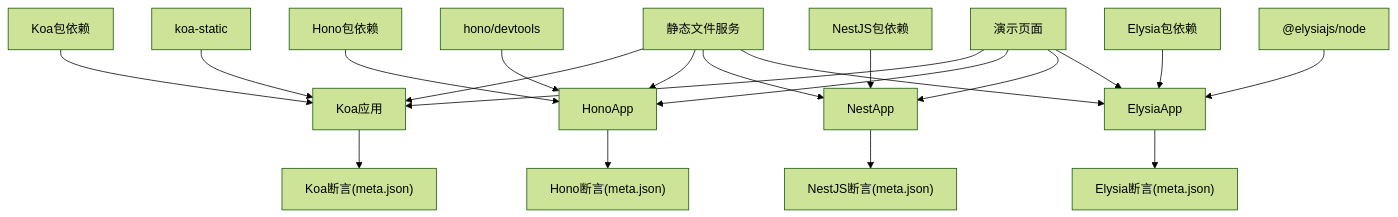
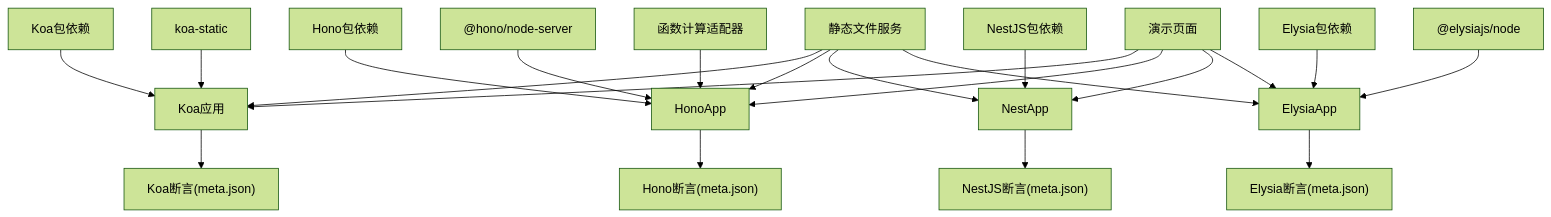
Before and after one commit to esa-sp/test-for-aone-ci: the ninth of 9 diagrams in .qoder/repowiki/zh/content/后端框架测试/Koa、Hono、NestJS框架测试.md, drawn with Mermaid (forest theme). The commit also changed other lines of this file and 2 other files, not shown here.

````diff
--- a/.qoder/repowiki/zh/content/后端框架测试/Koa、Hono、NestJS框架测试.md
+++ b/.qoder/repowiki/zh/content/后端框架测试/Koa、Hono、NestJS框架测试.md
@@ -546,22 +580,23 @@
 ```mermaid
 graph TB
 KoaPkg["Koa包依赖"] --> KoaApp["Koa应用"]
 KoaStatic["koa-static"] --> KoaApp
 HonoPkg["Hono包依赖"] --> HonoApp
-HonoDev["hono/devtools"] --> HonoApp
+HonoNodeServer["@hono/node-server"] --> HonoApp
+HonoFC["函数计算适配器"] --> HonoApp
 NestPkg["NestJS包依赖"] --> NestApp
 ElysiaPkg["Elysia包依赖"] --> ElysiaApp
 ElysiaNode["@elysiajs/node"] --> ElysiaApp
 StaticFiles["静态文件服务"] --> KoaApp
 StaticFiles --> HonoApp
 StaticFiles --> NestApp
 StaticFiles --> ElysiaApp
 DemoPages["演示页面"] --> KoaApp
 DemoPages --> HonoApp
 DemoPages --> NestApp
 DemoPages --> ElysiaApp
 KoaApp --> KoaMeta["Koa断言(meta.json)"]
 HonoApp --> HonoMeta["Hono断言(meta.json)"]
 NestApp --> NestMeta["NestJS断言(meta.json)"]
 ElysiaApp --> ElysiaMeta["Elysia断言(meta.json)"]
 ```
````
